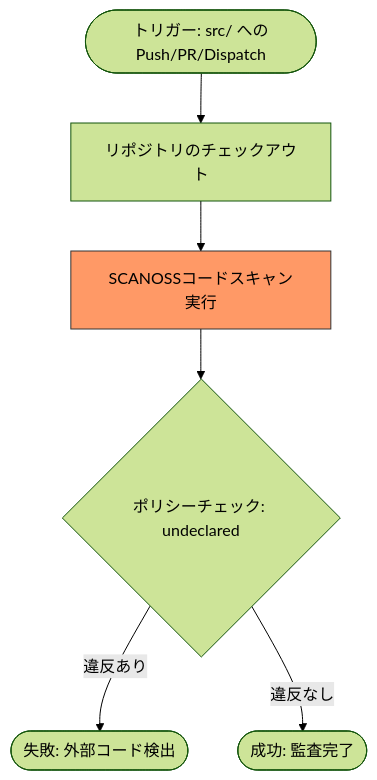
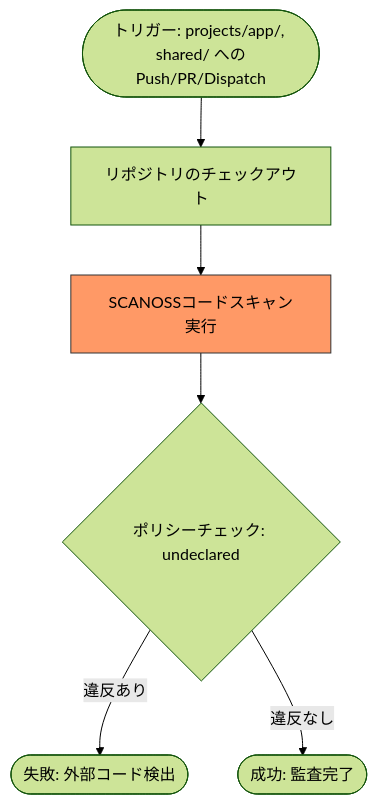
Before and after one commit to masanori-satake/QuickLog-Solo: the second of 7 diagrams in docs/README_ACTIONS.md, drawn with Mermaid (forest theme). The commit also changed other lines of this file and 14 other files, not shown here.

````diff
--- a/docs/README_ACTIONS.md
+++ b/docs/README_ACTIONS.md
@@ -106,10 +106,10 @@
 ```mermaid
 graph TD
-    Start([トリガー: src/ へのPush/PR/Dispatch]) --> Checkout[リポジトリのチェックアウト]
+    Start([トリガー: projects/app/, shared/ へのPush/PR/Dispatch]) --> Checkout[リポジトリのチェックアウト]
     Checkout --> SCANOSS[SCANOSSコードスキャン実行]
     SCANOSS --> Policy{ポリシーチェック: undeclared}
     Policy -- 違反あり --> Fail([失敗: 外部コード検出])
     Policy -- 違反なし --> Pass([成功: 監査完了])
 
     style SCANOSS fill:#f96,stroke:#333
 ```
````
